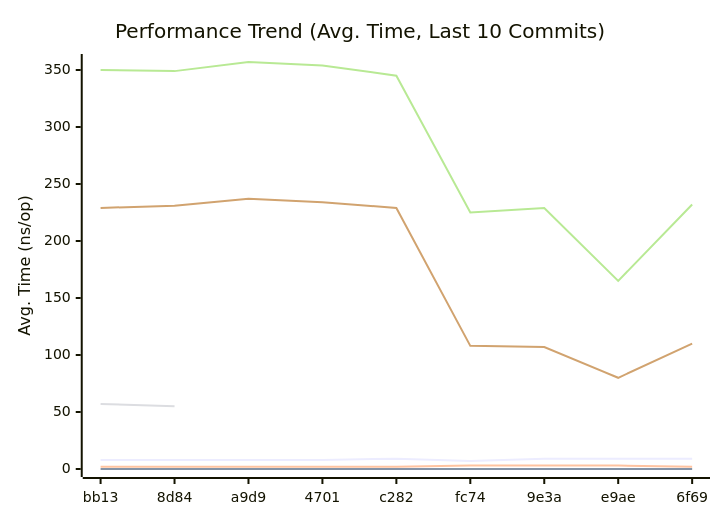
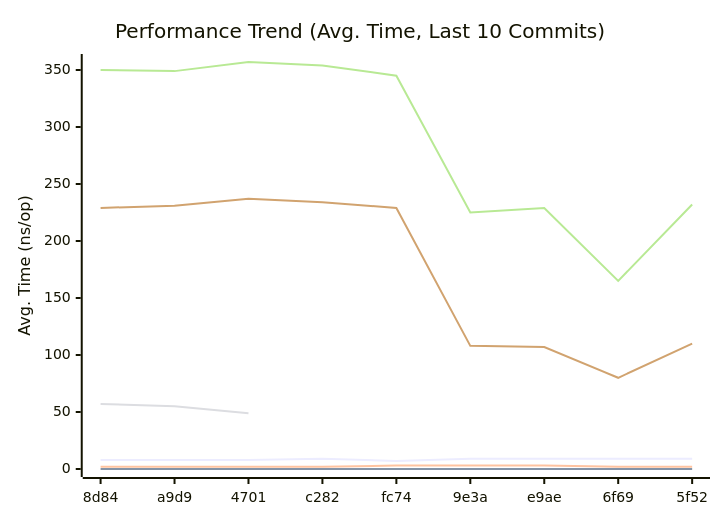
The first of 3 diagrams in doc/README.md (alsotoes/momo), drawn with Mermaid before and after one commit. The commit also changed other lines of this file and 1 other file, not shown here.

````diff
--- a/doc/README.md
+++ b/doc/README.md
@@ -293,13 +293,13 @@
 ```mermaid
 xychart-beta
     title "Performance Trend (Avg. Time, Last 10 Commits)"
     x-axis "Commit"
     y-axis "Avg. Time (ns/op)"
-    x-axis [bb13,8d84,a9d9,4701,c282,fc74,9e3a,e9ae,6f69]
-    line "CheckMetricsAndSwap" [8,8,8,8,9,7,9,9,9,9]
+    x-axis [8d84,a9d9,4701,c282,fc74,9e3a,e9ae,6f69,5f52]
+    line "CheckMetricsAndSwap" [8,8,8,9,7,9,9,9,9,9]
     line "IndexDirectTracking" [0,0,0,0,0,0,0,0,0,0]
-    line "IndexSearch" [2,2,2,2,2,3,3,3,2,2]
-    line "PadString" [57,55]
+    line "IndexSearch" [2,2,2,2,3,3,3,2,2,3]
+    line "PadString" [57,55,49]
     line "ParseReplicationOrder_NoPrealloc" [350,349,357,354,345,225,229,165,232,234]
     line "ParseReplicationOrder_Prealloc" [229,231,237,234,229,108,107,80,110,109]
 ```
````
